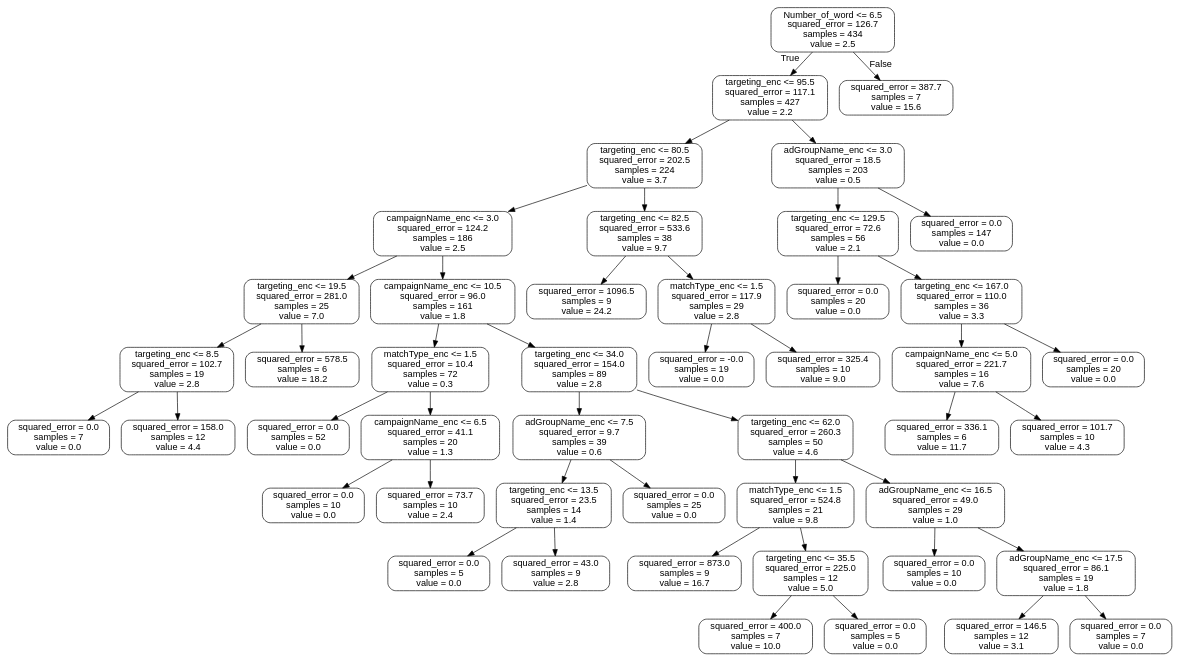
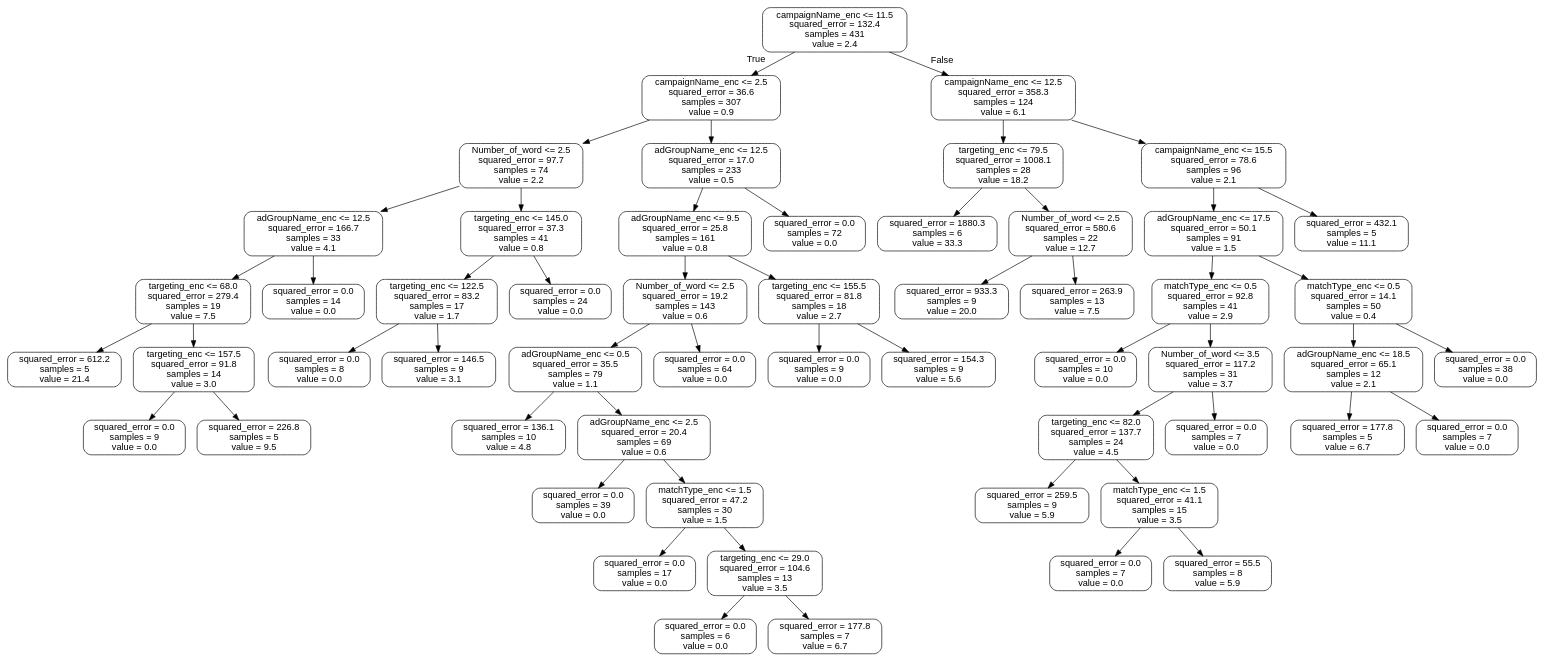
The diagram in tree.dot (mike-lee-dev/ppc_api), drawn with Graphviz before and after one commit. The commit also changed 14 other files, not shown here.

```diff
--- a/tree.dot
+++ b/tree.dot
@@ -1,97 +1,113 @@
 digraph Tree {
 node [shape=box, style="rounded", color="black", fontname="helvetica"] ;
 edge [fontname="helvetica"] ;
-0 [label="Number_of_word <= 6.5\nsquared_error = 126.7\nsamples = 434\nvalue = 2.5"] ;
-1 [label="targeting_enc <= 95.5\nsquared_error = 117.1\nsamples = 427\nvalue = 2.2"] ;
+0 [label="campaignName_enc <= 11.5\nsquared_error = 132.4\nsamples = 431\nvalue = 2.4"] ;
+1 [label="campaignName_enc <= 2.5\nsquared_error = 36.6\nsamples = 307\nvalue = 0.9"] ;
 0 -> 1 [labeldistance=2.5, labelangle=45, headlabel="True"] ;
-2 [label="targeting_enc <= 80.5\nsquared_error = 202.5\nsamples = 224\nvalue = 3.7"] ;
+2 [label="Number_of_word <= 2.5\nsquared_error = 97.7\nsamples = 74\nvalue = 2.2"] ;
 1 -> 2 ;
-3 [label="campaignName_enc <= 3.0\nsquared_error = 124.2\nsamples = 186\nvalue = 2.5"] ;
+3 [label="adGroupName_enc <= 12.5\nsquared_error = 166.7\nsamples = 33\nvalue = 4.1"] ;
 2 -> 3 ;
-4 [label="targeting_enc <= 19.5\nsquared_error = 281.0\nsamples = 25\nvalue = 7.0"] ;
+4 [label="targeting_enc <= 68.0\nsquared_error = 279.4\nsamples = 19\nvalue = 7.5"] ;
 3 -> 4 ;
-5 [label="targeting_enc <= 8.5\nsquared_error = 102.7\nsamples = 19\nvalue = 2.8"] ;
+5 [label="squared_error = 612.2\nsamples = 5\nvalue = 21.4"] ;
 4 -> 5 ;
-6 [label="squared_error = 0.0\nsamples = 7\nvalue = 0.0"] ;
-5 -> 6 ;
-7 [label="squared_error = 158.0\nsamples = 12\nvalue = 4.4"] ;
-5 -> 7 ;
-8 [label="squared_error = 578.5\nsamples = 6\nvalue = 18.2"] ;
-4 -> 8 ;
-9 [label="campaignName_enc <= 10.5\nsquared_error = 96.0\nsamples = 161\nvalue = 1.8"] ;
+6 [label="targeting_enc <= 157.5\nsquared_error = 91.8\nsamples = 14\nvalue = 3.0"] ;
+4 -> 6 ;
+7 [label="squared_error = 0.0\nsamples = 9\nvalue = 0.0"] ;
+6 -> 7 ;
+8 [label="squared_error = 226.8\nsamples = 5\nvalue = 9.5"] ;
+6 -> 8 ;
+9 [label="squared_error = 0.0\nsamples = 14\nvalue = 0.0"] ;
 3 -> 9 ;
-10 [label="matchType_enc <= 1.5\nsquared_error = 10.4\nsamples = 72\nvalue = 0.3"] ;
-9 -> 10 ;
-11 [label="squared_error = 0.0\nsamples = 52\nvalue = 0.0"] ;
+10 [label="targeting_enc <= 145.0\nsquared_error = 37.3\nsamples = 41\nvalue = 0.8"] ;
+2 -> 10 ;
+11 [label="targeting_enc <= 122.5\nsquared_error = 83.2\nsamples = 17\nvalue = 1.7"] ;
 10 -> 11 ;
-12 [label="campaignName_enc <= 6.5\nsquared_error = 41.1\nsamples = 20\nvalue = 1.3"] ;
-10 -> 12 ;
-13 [label="squared_error = 0.0\nsamples = 10\nvalue = 0.0"] ;
-12 -> 13 ;
-14 [label="squared_error = 73.7\nsamples = 10\nvalue = 2.4"] ;
-12 -> 14 ;
-15 [label="targeting_enc <= 34.0\nsquared_error = 154.0\nsamples = 89\nvalue = 2.8"] ;
-9 -> 15 ;
-16 [label="adGroupName_enc <= 7.5\nsquared_error = 9.7\nsamples = 39\nvalue = 0.6"] ;
+12 [label="squared_error = 0.0\nsamples = 8\nvalue = 0.0"] ;
+11 -> 12 ;
+13 [label="squared_error = 146.5\nsamples = 9\nvalue = 3.1"] ;
+11 -> 13 ;
+14 [label="squared_error = 0.0\nsamples = 24\nvalue = 0.0"] ;
+10 -> 14 ;
+15 [label="adGroupName_enc <= 12.5\nsquared_error = 17.0\nsamples = 233\nvalue = 0.5"] ;
+1 -> 15 ;
+16 [label="adGroupName_enc <= 9.5\nsquared_error = 25.8\nsamples = 161\nvalue = 0.8"] ;
 15 -> 16 ;
-17 [label="targeting_enc <= 13.5\nsquared_error = 23.5\nsamples = 14\nvalue = 1.4"] ;
+17 [label="Number_of_word <= 2.5\nsquared_error = 19.2\nsamples = 143\nvalue = 0.6"] ;
 16 -> 17 ;
-18 [label="squared_error = 0.0\nsamples = 5\nvalue = 0.0"] ;
+18 [label="adGroupName_enc <= 0.5\nsquared_error = 35.5\nsamples = 79\nvalue = 1.1"] ;
 17 -> 18 ;
-19 [label="squared_error = 43.0\nsamples = 9\nvalue = 2.8"] ;
-17 -> 19 ;
-20 [label="squared_error = 0.0\nsamples = 25\nvalue = 0.0"] ;
-16 -> 20 ;
-21 [label="targeting_enc <= 62.0\nsquared_error = 260.3\nsamples = 50\nvalue = 4.6"] ;
-15 -> 21 ;
-22 [label="matchType_enc <= 1.5\nsquared_error = 524.8\nsamples = 21\nvalue = 9.8"] ;
-21 -> 22 ;
-23 [label="squared_error = 873.0\nsamples = 9\nvalue = 16.7"] ;
+19 [label="squared_error = 136.1\nsamples = 10\nvalue = 4.8"] ;
+18 -> 19 ;
+20 [label="adGroupName_enc <= 2.5\nsquared_error = 20.4\nsamples = 69\nvalue = 0.6"] ;
+18 -> 20 ;
+21 [label="squared_error = 0.0\nsamples = 39\nvalue = 0.0"] ;
+20 -> 21 ;
+22 [label="matchType_enc <= 1.5\nsquared_error = 47.2\nsamples = 30\nvalue = 1.5"] ;
+20 -> 22 ;
+23 [label="squared_error = 0.0\nsamples = 17\nvalue = 0.0"] ;
 22 -> 23 ;
-24 [label="targeting_enc <= 35.5\nsquared_error = 225.0\nsamples = 12\nvalue = 5.0"] ;
+24 [label="targeting_enc <= 29.0\nsquared_error = 104.6\nsamples = 13\nvalue = 3.5"] ;
 22 -> 24 ;
-25 [label="squared_error = 400.0\nsamples = 7\nvalue = 10.0"] ;
+25 [label="squared_error = 0.0\nsamples = 6\nvalue = 0.0"] ;
 24 -> 25 ;
-26 [label="squared_error = 0.0\nsamples = 5\nvalue = 0.0"] ;
+26 [label="squared_error = 177.8\nsamples = 7\nvalue = 6.7"] ;
 24 -> 26 ;
-27 [label="adGroupName_enc <= 16.5\nsquared_error = 49.0\nsamples = 29\nvalue = 1.0"] ;
-21 -> 27 ;
-28 [label="squared_error = 0.0\nsamples = 10\nvalue = 0.0"] ;
-27 -> 28 ;
-29 [label="adGroupName_enc <= 17.5\nsquared_error = 86.1\nsamples = 19\nvalue = 1.8"] ;
-27 -> 29 ;
-30 [label="squared_error = 146.5\nsamples = 12\nvalue = 3.1"] ;
-29 -> 30 ;
-31 [label="squared_error = 0.0\nsamples = 7\nvalue = 0.0"] ;
-29 -> 31 ;
-32 [label="targeting_enc <= 82.5\nsquared_error = 533.6\nsamples = 38\nvalue = 9.7"] ;
-2 -> 32 ;
-33 [label="squared_error = 1096.5\nsamples = 9\nvalue = 24.2"] ;
+27 [label="squared_error = 0.0\nsamples = 64\nvalue = 0.0"] ;
+17 -> 27 ;
+28 [label="targeting_enc <= 155.5\nsquared_error = 81.8\nsamples = 18\nvalue = 2.7"] ;
+16 -> 28 ;
+29 [label="squared_error = 0.0\nsamples = 9\nvalue = 0.0"] ;
+28 -> 29 ;
+30 [label="squared_error = 154.3\nsamples = 9\nvalue = 5.6"] ;
+28 -> 30 ;
+31 [label="squared_error = 0.0\nsamples = 72\nvalue = 0.0"] ;
+15 -> 31 ;
+32 [label="campaignName_enc <= 12.5\nsquared_error = 358.3\nsamples = 124\nvalue = 6.1"] ;
+0 -> 32 [labeldistance=2.5, labelangle=-45, headlabel="False"] ;
+33 [label="targeting_enc <= 79.5\nsquared_error = 1008.1\nsamples = 28\nvalue = 18.2"] ;
 32 -> 33 ;
-34 [label="matchType_enc <= 1.5\nsquared_error = 117.9\nsamples = 29\nvalue = 2.8"] ;
-32 -> 34 ;
-35 [label="squared_error = -0.0\nsamples = 19\nvalue = 0.0"] ;
-34 -> 35 ;
-36 [label="squared_error = 325.4\nsamples = 10\nvalue = 9.0"] ;
-34 -> 36 ;
-37 [label="adGroupName_enc <= 3.0\nsquared_error = 18.5\nsamples = 203\nvalue = 0.5"] ;
-1 -> 37 ;
-38 [label="targeting_enc <= 129.5\nsquared_error = 72.6\nsamples = 56\nvalue = 2.1"] ;
-37 -> 38 ;
-39 [label="squared_error = 0.0\nsamples = 20\nvalue = 0.0"] ;
+34 [label="squared_error = 1880.3\nsamples = 6\nvalue = 33.3"] ;
+33 -> 34 ;
+35 [label="Number_of_word <= 2.5\nsquared_error = 580.6\nsamples = 22\nvalue = 12.7"] ;
+33 -> 35 ;
+36 [label="squared_error = 933.3\nsamples = 9\nvalue = 20.0"] ;
+35 -> 36 ;
+37 [label="squared_error = 263.9\nsamples = 13\nvalue = 7.5"] ;
+35 -> 37 ;
+38 [label="campaignName_enc <= 15.5\nsquared_error = 78.6\nsamples = 96\nvalue = 2.1"] ;
+32 -> 38 ;
+39 [label="adGroupName_enc <= 17.5\nsquared_error = 50.1\nsamples = 91\nvalue = 1.5"] ;
 38 -> 39 ;
-40 [label="targeting_enc <= 167.0\nsquared_error = 110.0\nsamples = 36\nvalue = 3.3"] ;
-38 -> 40 ;
-41 [label="campaignName_enc <= 5.0\nsquared_error = 221.7\nsamples = 16\nvalue = 7.6"] ;
+40 [label="matchType_enc <= 0.5\nsquared_error = 92.8\nsamples = 41\nvalue = 2.9"] ;
+39 -> 40 ;
+41 [label="squared_error = 0.0\nsamples = 10\nvalue = 0.0"] ;
 40 -> 41 ;
-42 [label="squared_error = 336.1\nsamples = 6\nvalue = 11.7"] ;
-41 -> 42 ;
-43 [label="squared_error = 101.7\nsamples = 10\nvalue = 4.3"] ;
-41 -> 43 ;
-44 [label="squared_error = 0.0\nsamples = 20\nvalue = 0.0"] ;
-40 -> 44 ;
-45 [label="squared_error = 0.0\nsamples = 147\nvalue = 0.0"] ;
-37 -> 45 ;
-46 [label="squared_error = 387.7\nsamples = 7\nvalue = 15.6"] ;
-0 -> 46 [labeldistance=2.5, labelangle=-45, headlabel="False"] ;
+42 [label="Number_of_word <= 3.5\nsquared_error = 117.2\nsamples = 31\nvalue = 3.7"] ;
+40 -> 42 ;
+43 [label="targeting_enc <= 82.0\nsquared_error = 137.7\nsamples = 24\nvalue = 4.5"] ;
+42 -> 43 ;
+44 [label="squared_error = 259.5\nsamples = 9\nvalue = 5.9"] ;
+43 -> 44 ;
+45 [label="matchType_enc <= 1.5\nsquared_error = 41.1\nsamples = 15\nvalue = 3.5"] ;
+43 -> 45 ;
+46 [label="squared_error = 0.0\nsamples = 7\nvalue = 0.0"] ;
+45 -> 46 ;
+47 [label="squared_error = 55.5\nsamples = 8\nvalue = 5.9"] ;
+45 -> 47 ;
+48 [label="squared_error = 0.0\nsamples = 7\nvalue = 0.0"] ;
+42 -> 48 ;
+49 [label="matchType_enc <= 0.5\nsquared_error = 14.1\nsamples = 50\nvalue = 0.4"] ;
+39 -> 49 ;
+50 [label="adGroupName_enc <= 18.5\nsquared_error = 65.1\nsamples = 12\nvalue = 2.1"] ;
+49 -> 50 ;
+51 [label="squared_error = 177.8\nsamples = 5\nvalue = 6.7"] ;
+50 -> 51 ;
+52 [label="squared_error = 0.0\nsamples = 7\nvalue = 0.0"] ;
+50 -> 52 ;
+53 [label="squared_error = 0.0\nsamples = 38\nvalue = 0.0"] ;
+49 -> 53 ;
+54 [label="squared_error = 432.1\nsamples = 5\nvalue = 11.1"] ;
+38 -> 54 ;
 }
```
